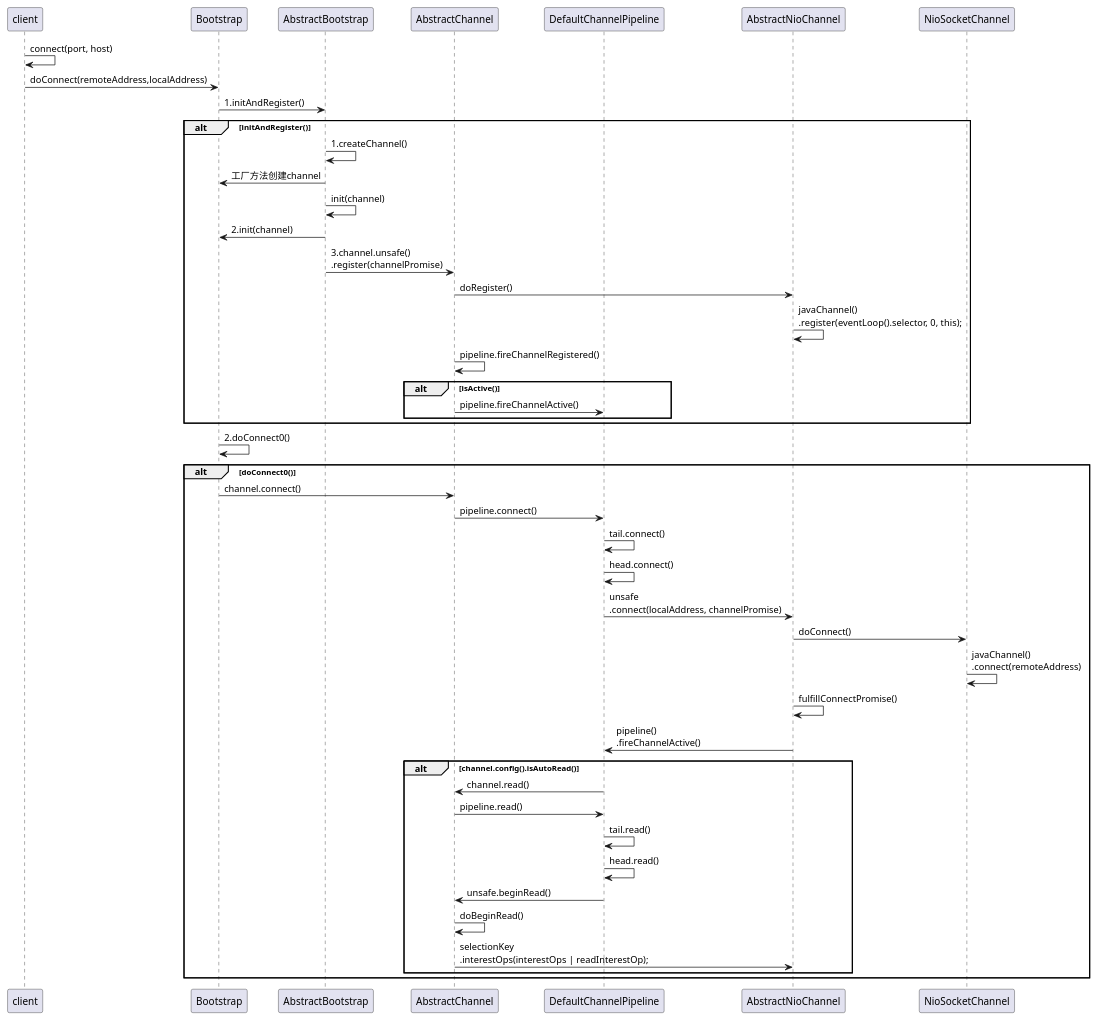
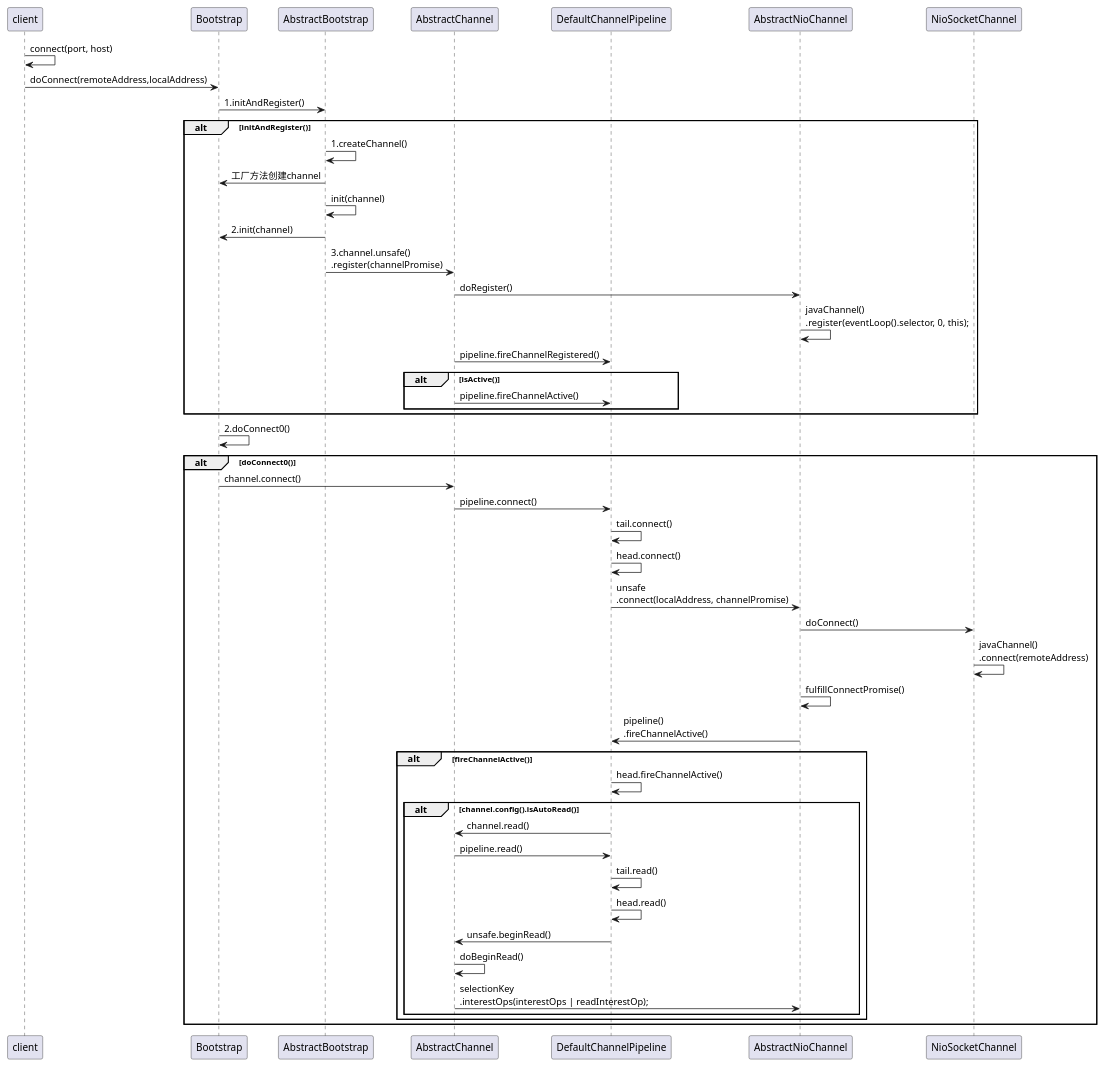
One commit to newbigTech/myDesignPattern changed the diagram in uml/netty/netty_client.puml. Above: the diagram before and after it, drawn with PlantUML. The commit also changed 1 other file, not shown here.

Commit message:
netty bind uml commit

```diff
--- a/uml/netty/netty_client.puml
+++ b/uml/netty/netty_client.puml
@@ -1,58 +1,61 @@
 @startuml
 participant "client" as client
 participant "Bootstrap" as Bootstrap
 participant "AbstractBootstrap" as AbstractBootstrap
 participant "AbstractChannel" as AbstractChannel
 participant "DefaultChannelPipeline" as DefaultChannelPipeline
 participant "AbstractNioChannel" as AbstractNioChannel
 participant "NioSocketChannel" as NioSocketChannel
 client -> client: connect(port, host)
 client -> Bootstrap: doConnect(remoteAddress,localAddress)
 Bootstrap -> AbstractBootstrap: 1.initAndRegister()
 alt initAndRegister()
   AbstractBootstrap -> AbstractBootstrap: 1.createChannel()
   AbstractBootstrap -> Bootstrap: 工厂方法创建channel
   AbstractBootstrap -> AbstractBootstrap: init(channel)
   AbstractBootstrap -> Bootstrap: 2.init(channel)
   AbstractBootstrap -> AbstractChannel: 3.channel.unsafe()\n.register(channelPromise)
 '  AbstractBootstrap -> AbstractChannel:register(channelPromise)
   AbstractChannel -> AbstractNioChannel:doRegister()
   AbstractNioChannel -> AbstractNioChannel:javaChannel()\n.register(eventLoop().selector, 0, this);
-  AbstractChannel -> AbstractChannel:pipeline.fireChannelRegistered()
+  AbstractChannel -> DefaultChannelPipeline:pipeline.fireChannelRegistered()
   alt isActive()
       AbstractChannel -> DefaultChannelPipeline:pipeline.fireChannelActive()
   end
 end
 'AbstractBootstrap -> AbstractBootstrap:doBind0()
 'AbstractBootstrap -> AbstractChannel:bind()
 'AbstractChannel-> DefaultChannelPipeline:bind()
 'DefaultChannelPipeline-> DefaultChannelPipeline:tail.bind()
 'DefaultChannelPipeline-> DefaultChannelPipeline:head.bind()
 'DefaultChannelPipeline-> DefaultChannelPipeline:unsafe\n.bind(localAddress, channelPromise)
 'AbstractChannel-> NioServerSocketChannel:doBind(localAddress)
 'NioSocketChannel-> NioSocketChannel:javaChannel().socket().bind()
 
 Bootstrap -> Bootstrap:2.doConnect0()
 alt doConnect0()
 Bootstrap -> AbstractChannel:channel.connect()
 AbstractChannel -> DefaultChannelPipeline:pipeline.connect()
 DefaultChannelPipeline -> DefaultChannelPipeline:tail.connect()
 DefaultChannelPipeline -> DefaultChannelPipeline:head.connect()
 DefaultChannelPipeline -> AbstractNioChannel:unsafe\n.connect(localAddress, channelPromise)
 'DefaultChannelPipeline -> AbstractNioChannel:connect()
 AbstractNioChannel -> NioSocketChannel:doConnect()
 NioSocketChannel -> NioSocketChannel:javaChannel()\n.connect(remoteAddress)
 AbstractNioChannel -> AbstractNioChannel:fulfillConnectPromise()
 AbstractNioChannel -> DefaultChannelPipeline:pipeline()\n.fireChannelActive()
-  alt channel.config().isAutoRead()
+  alt fireChannelActive()
+      DefaultChannelPipeline -> DefaultChannelPipeline:head.fireChannelActive()
+      alt channel.config().isAutoRead()
       DefaultChannelPipeline -> AbstractChannel:channel.read()
       AbstractChannel -> DefaultChannelPipeline:pipeline.read()
       DefaultChannelPipeline -> DefaultChannelPipeline:tail.read()
       DefaultChannelPipeline -> DefaultChannelPipeline:head.read()
       DefaultChannelPipeline -> AbstractChannel:unsafe.beginRead()
       AbstractChannel -> AbstractChannel:doBeginRead()
       AbstractChannel -> AbstractNioChannel:selectionKey\n.interestOps(interestOps | readInterestOp);
+      end
   end
 end
 
 @enduml
```
